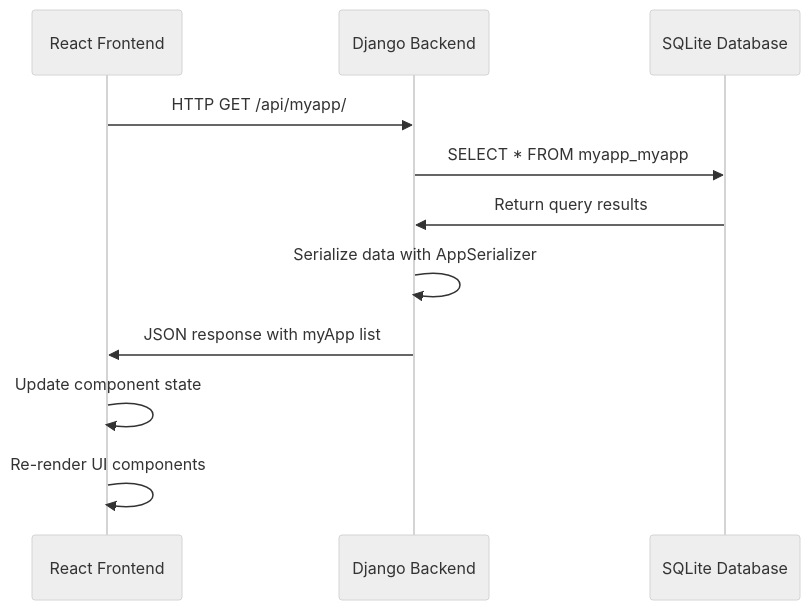
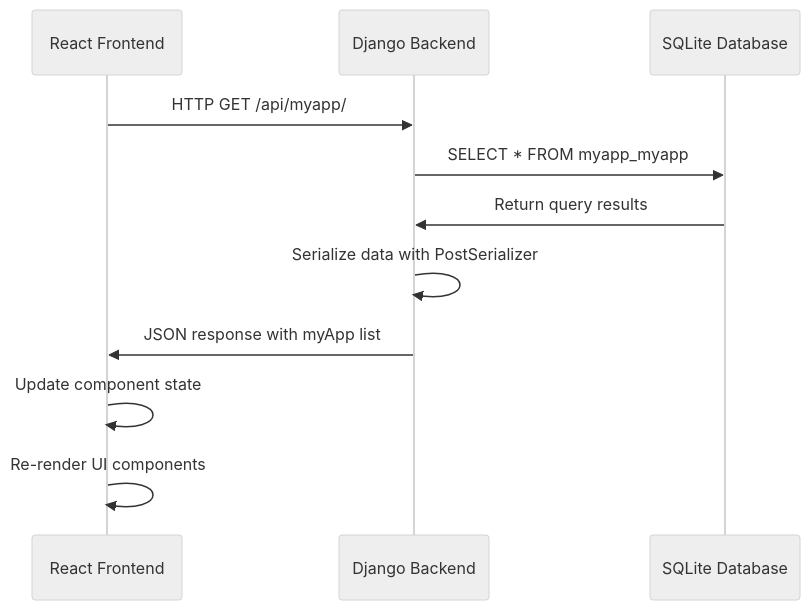
Before and after one commit to josevitor555/first-django-react: the seventh of 9 diagrams in .qoder/quests/design-document.md, drawn with Mermaid (neutral theme). The commit also changed other lines of this file, not shown here.

````diff
--- a/.qoder/quests/design-document.md
+++ b/.qoder/quests/design-document.md
@@ -266,14 +270,14 @@
 ```mermaid
 sequenceDiagram
     participant R as React Frontend
     participant D as Django Backend
     participant DB as SQLite Database
     
     R->>D: HTTP GET /api/myapp/
     D->>DB: SELECT * FROM myapp_myapp
     DB->>D: Return query results
-    D->>D: Serialize data with AppSerializer
+    D->>D: Serialize data with PostSerializer
     D->>R: JSON response with myApp list
     R->>R: Update component state
     R->>R: Re-render UI components
 ```
````
